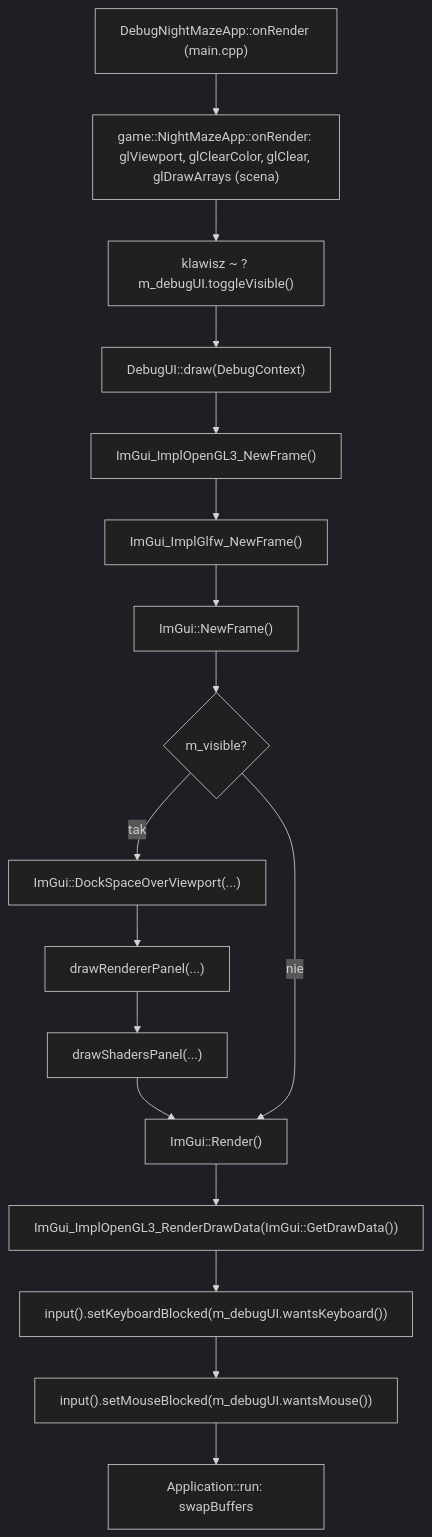
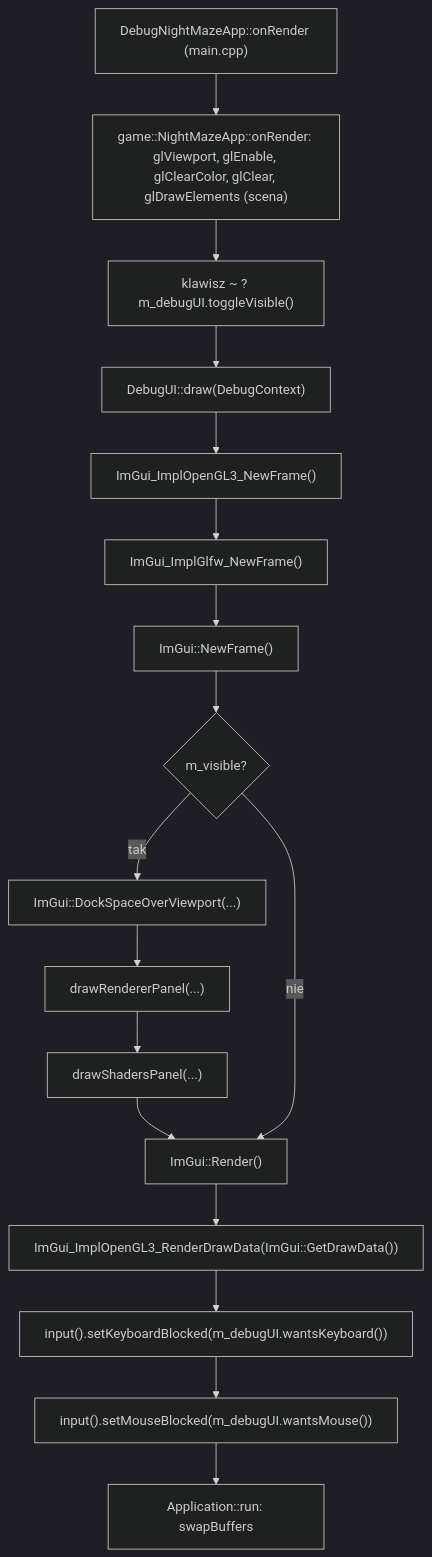
The first of 2 diagrams in docs/modules/debug-ui.md (Shironex/night-maze), drawn with Mermaid (dark theme) before and after one commit. The commit also changed 27 other files, not shown here.

First line of the commit message:
feat(game): draw a cube with model, view and projection

````diff
--- a/docs/modules/debug-ui.md
+++ b/docs/modules/debug-ui.md
@@ -24,19 +24,19 @@
 ```mermaid
 flowchart TD
-    A["DebugNightMazeApp::onRender (main.cpp)"] --> B["game::NightMazeApp::onRender: glViewport, glClearColor, glClear, glDrawArrays (scena)"]
+    A["DebugNightMazeApp::onRender (main.cpp)"] --> B["game::NightMazeApp::onRender: glViewport, glEnable, glClearColor, glClear, glDrawElements (scena)"]
     B --> T["klawisz ~ ? m_debugUI.toggleVisible()"]
     T --> C["DebugUI::draw(DebugContext)"]
     C --> D["ImGui_ImplOpenGL3_NewFrame()"]
     D --> E["ImGui_ImplGlfw_NewFrame()"]
     E --> F["ImGui::NewFrame()"]
     F --> G{"m_visible?"}
     G -->|tak| H["ImGui::DockSpaceOverViewport(...)"]
     H --> I["drawRendererPanel(...)"]
     I --> S["drawShadersPanel(...)"]
     S --> J["ImGui::Render()"]
     G -->|nie| J
     J --> K["ImGui_ImplOpenGL3_RenderDrawData(ImGui::GetDrawData())"]
     K --> M["input().setKeyboardBlocked(m_debugUI.wantsKeyboard())"]
     M --> N["input().setMouseBlocked(m_debugUI.wantsMouse())"]
     N --> L["Application::run: swapBuffers"]
 ```
````
